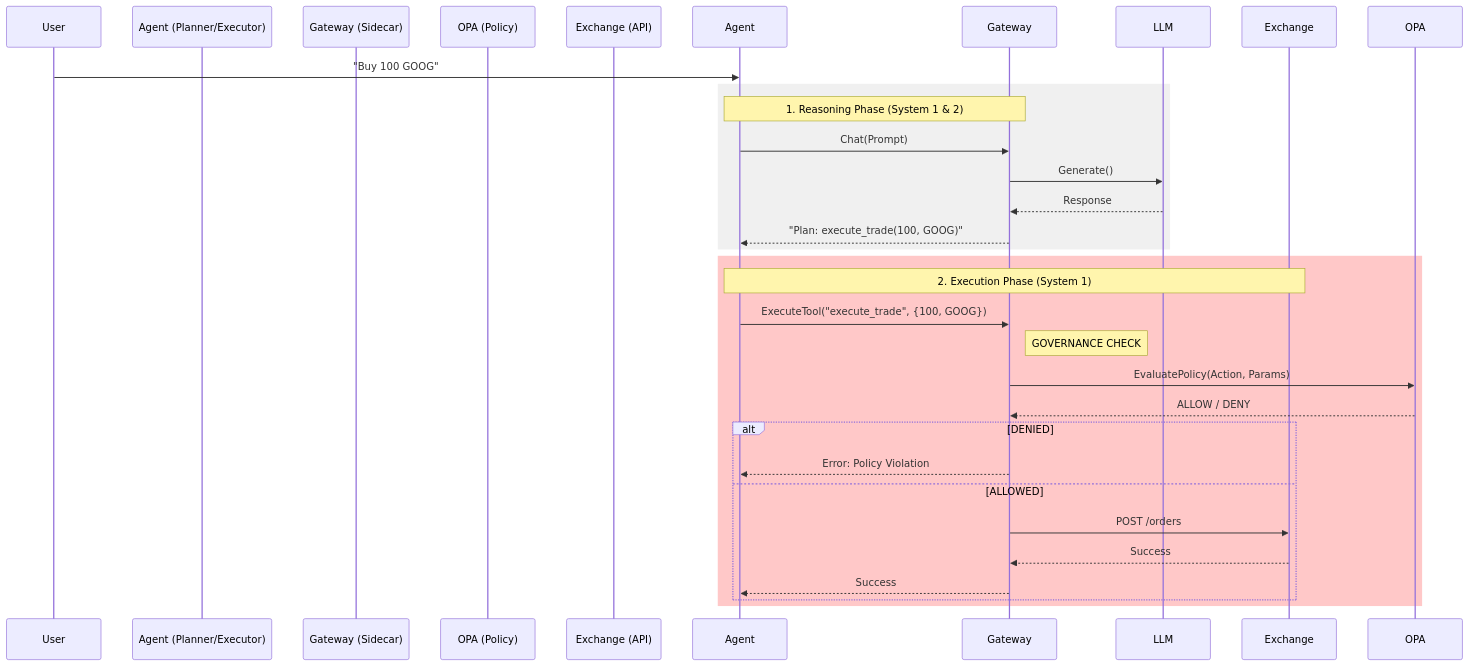
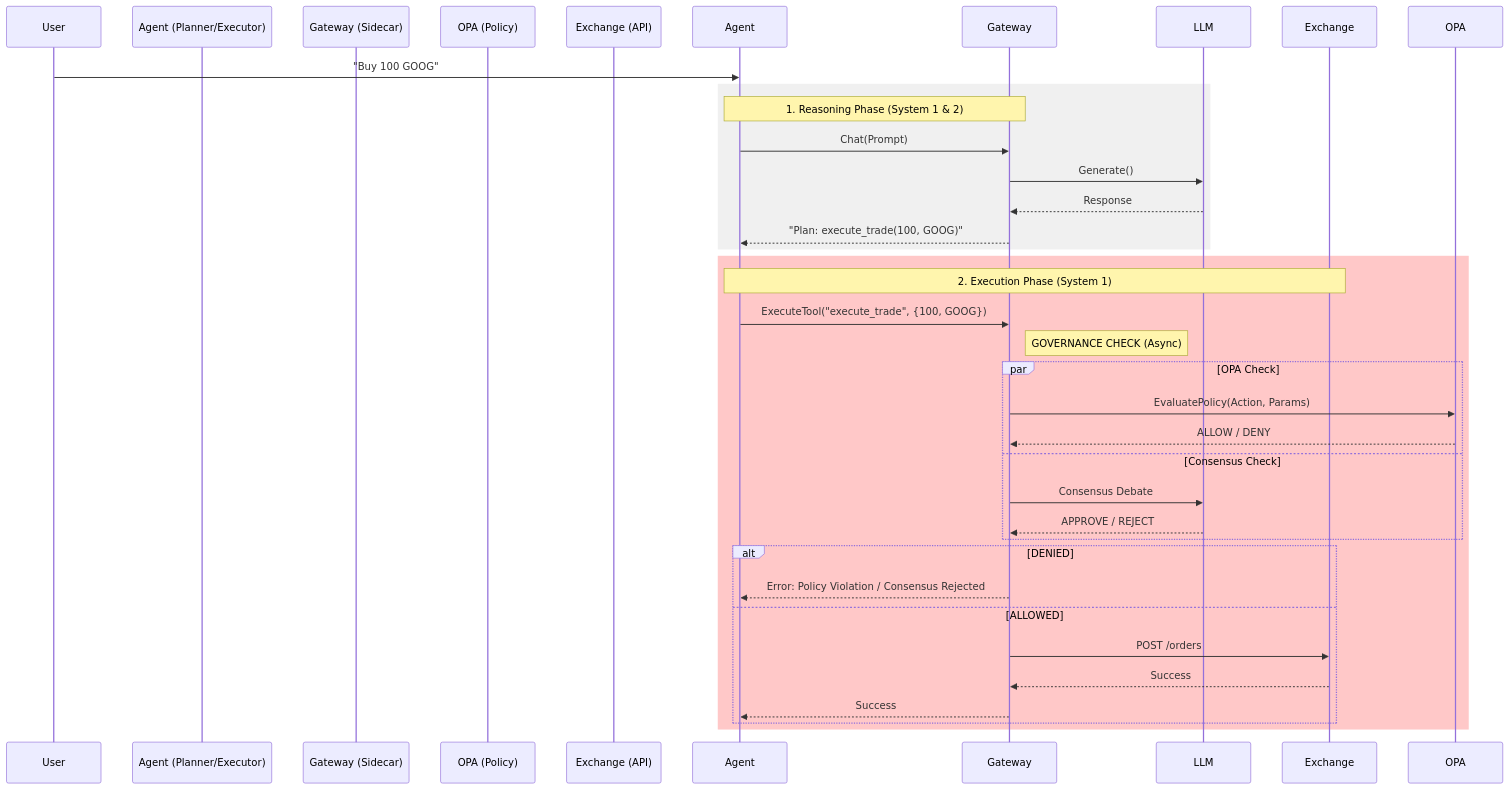
One commit to lahlfors/cybernetic-governance-engine changed the diagram in docs/ARCHITECTURE.md. Above: the diagram before and after it, drawn with Mermaid. The commit also changed other lines of this file and 2 other files, not shown here.

Commit message:
Update Documentation and Verify Governance Wiring
- **MACAW Guide**: Updated to document real-world wiring of Evaluator Agent (OPA, Consensus).
- **Architecture**: Documented Async Consensus and parallel governance flow.
- **Gateway Analysis**: Confirmed Bankruptcy Protocol implementation.
- **Verification**: Verified `src/governed_financial_advisor/tools/trades.py` correctly delegates to `gateway_client`.

````diff
--- a/docs/ARCHITECTURE.md
+++ b/docs/ARCHITECTURE.md
@@ -29,35 +30,40 @@
 ```mermaid
 sequenceDiagram
     participant User
     participant Agent (Planner/Executor)
     participant Gateway (Sidecar)
     participant OPA (Policy)
     participant Exchange (API)
 
     User->>Agent: "Buy 100 GOOG"
 
     rect rgb(240, 240, 240)
         Note over Agent, Gateway: 1. Reasoning Phase (System 1 & 2)
         Agent->>Gateway: Chat(Prompt)
         Gateway->>LLM: Generate()
         LLM-->>Gateway: Response
         Gateway-->>Agent: "Plan: execute_trade(100, GOOG)"
     end
 
     rect rgb(255, 200, 200)
         Note over Agent, Exchange: 2. Execution Phase (System 1)
         Agent->>Gateway: ExecuteTool("execute_trade", {100, GOOG})
 
-        Note right of Gateway: GOVERNANCE CHECK
-        Gateway->>OPA: EvaluatePolicy(Action, Params)
-        OPA-->>Gateway: ALLOW / DENY
+        Note right of Gateway: GOVERNANCE CHECK (Async)
+        par OPA Check
+            Gateway->>OPA: EvaluatePolicy(Action, Params)
+            OPA-->>Gateway: ALLOW / DENY
+        and Consensus Check
+            Gateway->>LLM: Consensus Debate
+            LLM-->>Gateway: APPROVE / REJECT
+        end
 
         alt DENIED
-            Gateway-->>Agent: Error: Policy Violation
+            Gateway-->>Agent: Error: Policy Violation / Consensus Rejected
         else ALLOWED
             Gateway->>Exchange: POST /orders
             Exchange-->>Gateway: Success
             Gateway-->>Agent: Success
         end
     end
 ```
````
